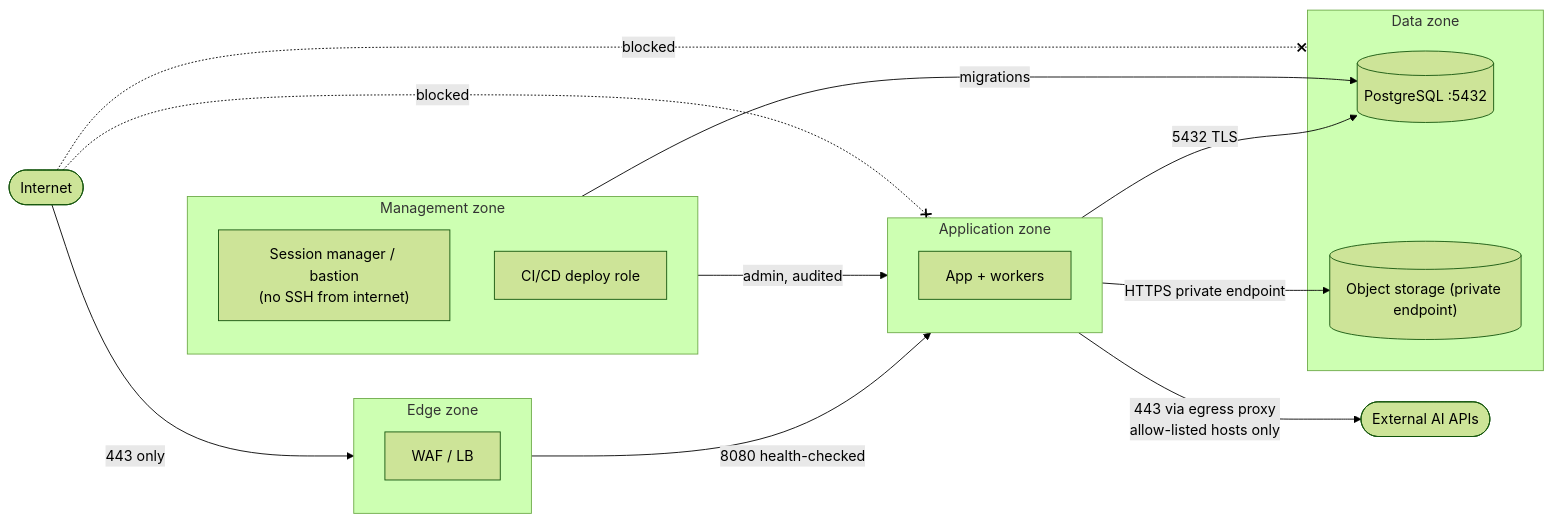
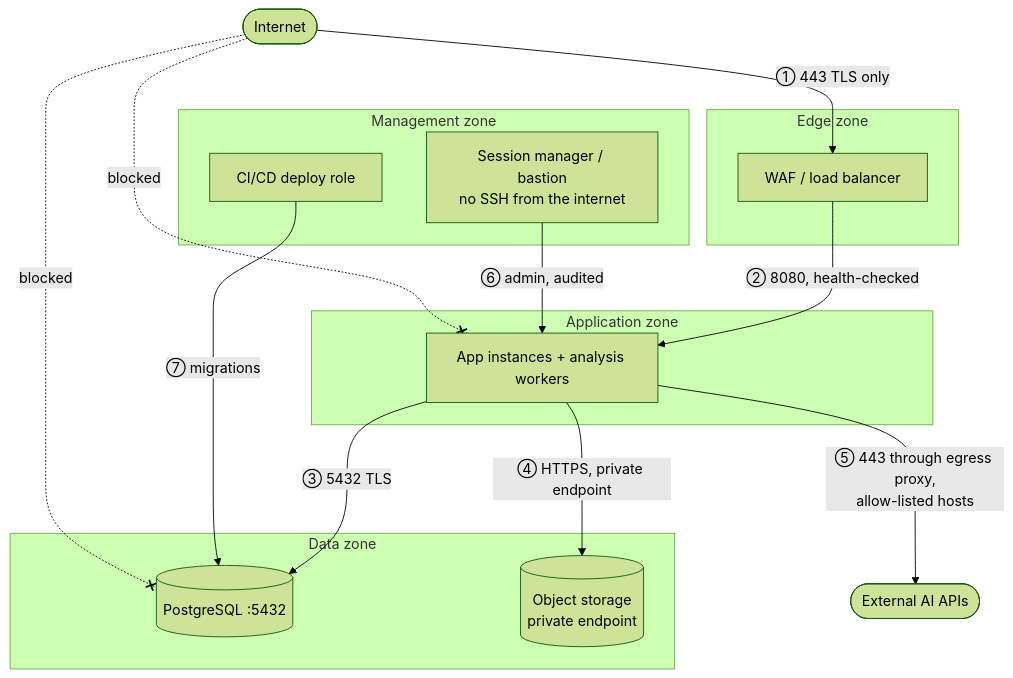
The fourth of 6 diagrams in docs/infrastructure.md (SarvariVin/ttb-label-verification), drawn with Mermaid (forest theme) before and after one commit. The commit also changed other lines of this file and 251 other files, not shown here.

````diff
--- a/docs/infrastructure.md
+++ b/docs/infrastructure.md
@@ -155,26 +181,29 @@
 ```mermaid
-flowchart LR
-    internet(["Internet"]) -->|"443 only"| edge
+flowchart TB
+    internet(["Internet"])
     subgraph edge["Edge zone"]
-        waf["WAF / LB"]
+        waf["WAF / load balancer"]
     end
     subgraph app["Application zone"]
-        svc["App + workers"]
+        svc["App instances + analysis workers"]
     end
     subgraph data["Data zone"]
         db[("PostgreSQL :5432")]
-        obj[("Object storage (private endpoint)")]
+        obj[("Object storage<br/>private endpoint")]
     end
     subgraph mgmt["Management zone"]
-        bastion["Session manager / bastion<br/>(no SSH from internet)"]
+        bastion["Session manager / bastion<br/>no SSH from the internet"]
         ci["CI/CD deploy role"]
     end
-    edge -->|"8080 health-checked"| app
-    app -->|"5432 TLS"| db
-    app -->|"HTTPS private endpoint"| obj
-    app -->|"443 via egress proxy<br/>allow-listed hosts only"| out(["External AI APIs"])
-    mgmt -->|"admin, audited"| app
-    mgmt -->|"migrations"| db
-    internet -. "blocked" .-x data
-    internet -. "blocked" .-x app
+    out(["External AI APIs"])
+
+    internet -->|"① 443 TLS only"| waf
+    waf -->|"② 8080, health-checked"| svc
+    svc -->|"③ 5432 TLS"| db
+    svc -->|"④ HTTPS, private endpoint"| obj
+    svc -->|"⑤ 443 through egress proxy,<br/>allow-listed hosts"| out
+    bastion -->|"⑥ admin, audited"| svc
+    ci -->|"⑦ migrations"| db
+    internet -. "blocked" .-x svc
+    internet -. "blocked" .-x db
 ```
````
